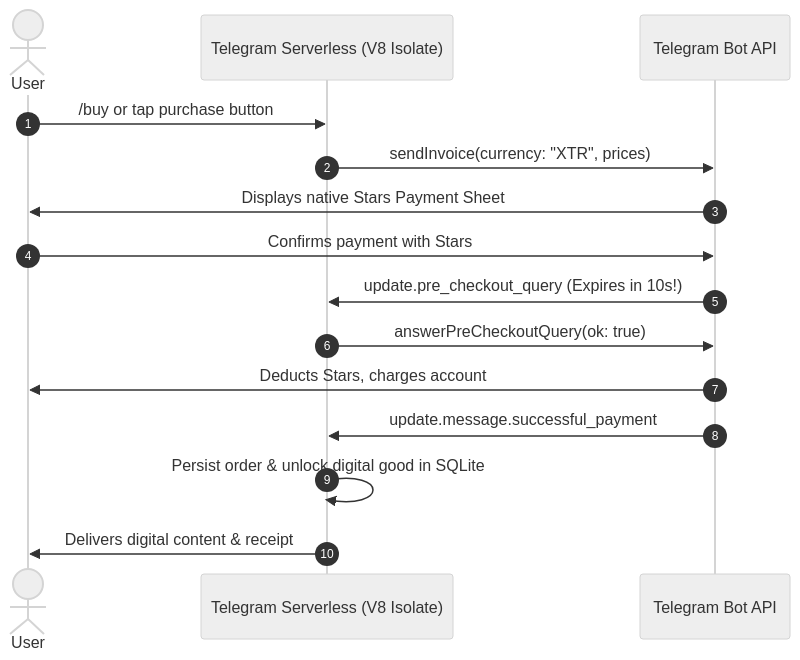
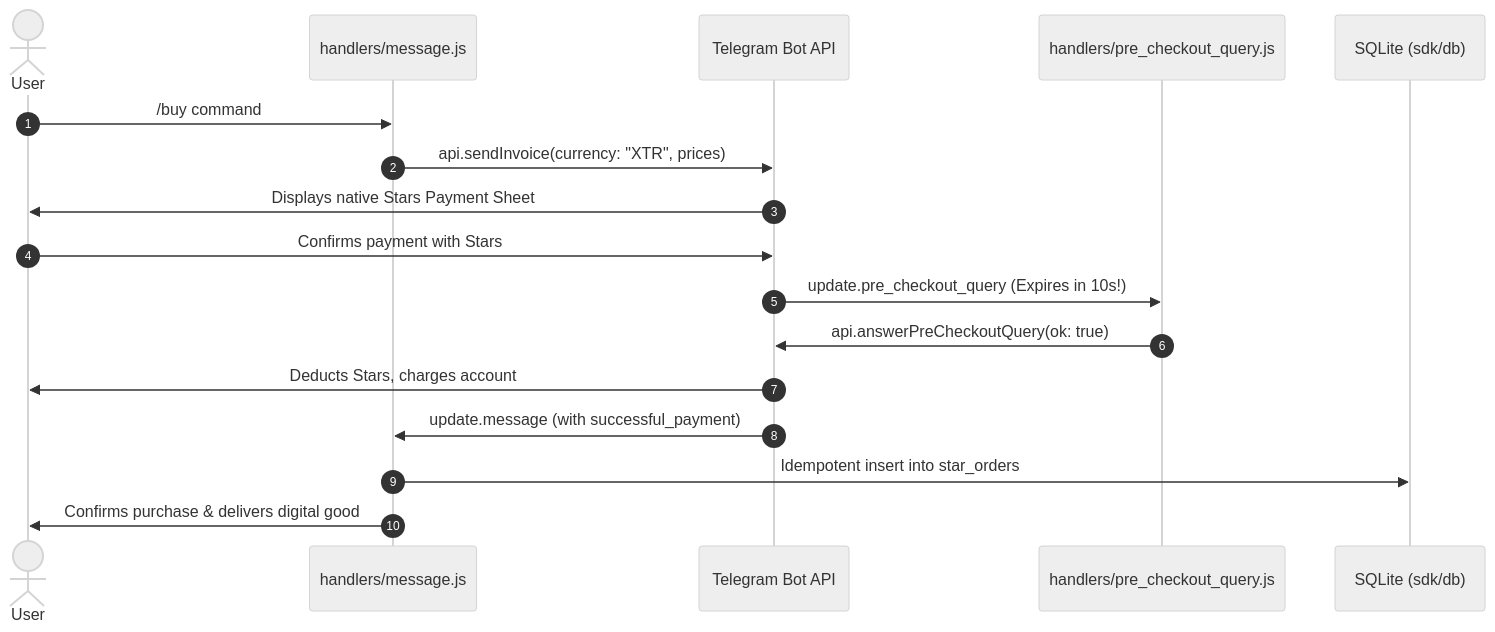
The diagram in skills/telegram-serverless-bot/references/stars-payments.md (rijans/agent-skills), drawn with Mermaid (neutral theme) before and after one commit. The commit also changed other lines of this file and 22 other files, not shown here.

Commit message:
fix(telegram-serverless-bot): align handler layout, query builders, and sdk method signatures with telegram serverless runtime

````diff
--- a/skills/telegram-serverless-bot/references/stars-payments.md
+++ b/skills/telegram-serverless-bot/references/stars-payments.md
@@ -11,18 +11,20 @@
 ```mermaid
 sequenceDiagram
     autonumber
     actor User
-    participant Bot as Telegram Serverless (V8 Isolate)
+    participant MsgH as handlers/message.js
     participant TG as Telegram Bot API
+    participant PCQH as handlers/pre_checkout_query.js
+    participant DB as SQLite (sdk/db)
 
-    User->>Bot: /buy or tap purchase button
-    Bot->>TG: sendInvoice(currency: "XTR", prices)
+    User->>MsgH: /buy command
+    MsgH->>TG: api.sendInvoice(currency: "XTR", prices)
     TG->>User: Displays native Stars Payment Sheet
     User->>TG: Confirms payment with Stars
-    TG->>Bot: update.pre_checkout_query (Expires in 10s!)
-    Bot->>TG: answerPreCheckoutQuery(ok: true)
+    TG->>PCQH: update.pre_checkout_query (Expires in 10s!)
+    PCQH->>TG: api.answerPreCheckoutQuery(ok: true)
     TG->>User: Deducts Stars, charges account
-    TG->>Bot: update.message.successful_payment
-    Bot->>Bot: Persist order & unlock digital good in SQLite
-    Bot->>User: Delivers digital content & receipt
+    TG->>MsgH: update.message (with successful_payment)
+    MsgH->>DB: Idempotent insert into star_orders
+    MsgH->>User: Confirms purchase & delivers digital good
 ```
````
